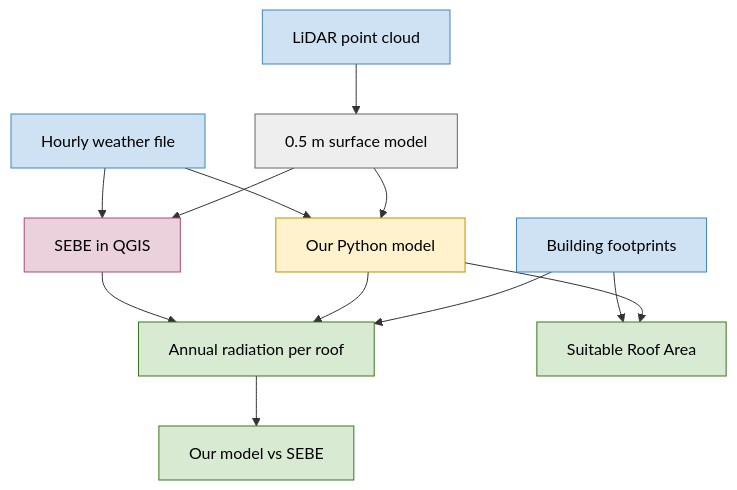
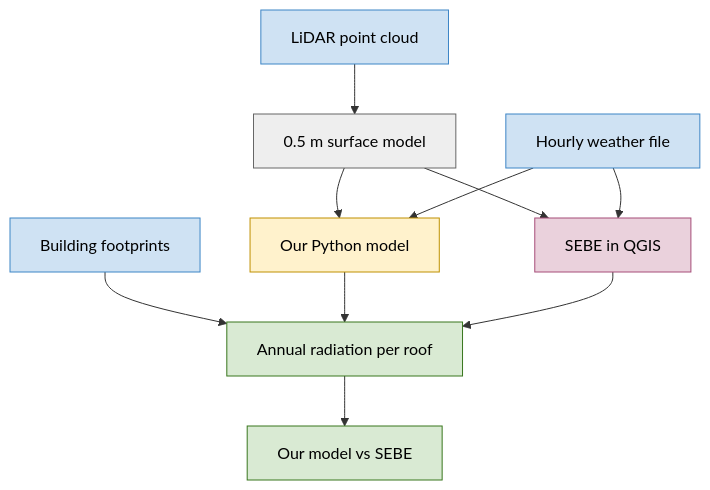
Before and after one commit to University-of-Tasmania-GPSS/AT3_Group1_2026: the first of 2 diagrams in methods.md, drawn with Mermaid. The commit also changed other lines of this file and 1 other file, not shown here.

````diff
--- a/methods.md
+++ b/methods.md
@@ -5,39 +5,36 @@
 ```{mermaid}
 flowchart TD
 
   A[LiDAR point cloud]
   B[Building footprints]
   C[Hourly weather file]
 
   D[0.5 m surface model]
   F[Our Python model]
   G[SEBE in QGIS]
 
   H[Annual radiation per roof]
   J[Our model vs SEBE]
-  K[Suitable Roof Area]
 
   A --> D
   D --> F
   D --> G
   C --> F
   C --> G
   B --> H
   F --> H
   G --> H
   H --> J
-  F --> K
-  B --> K
 
   classDef input fill:#cfe2f3,stroke:#3d85c6,color:#000
   classDef process fill:#eeeeee,stroke:#666666,color:#000
   classDef python fill:#fff2cc,stroke:#bf9000,color:#000
   classDef sebe fill:#ead1dc,stroke:#a64d79,color:#000
   classDef output fill:#d9ead3,stroke:#38761d,color:#000
 
   class A,B,C input
   class D process
   class F python
   class G sebe
-  class H,J,K output
+  class H,J output
 ```
````
